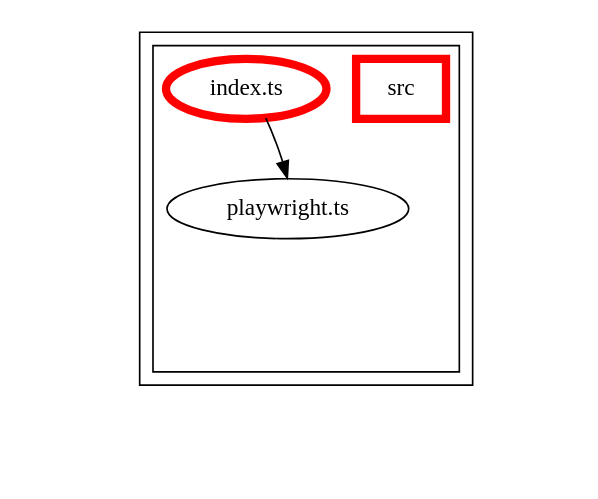
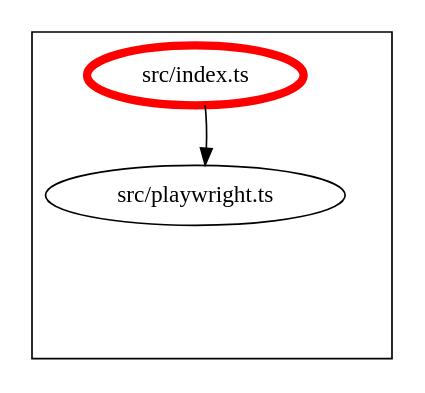
One commit to Siteimprove/alfa-integrations changed the diagram in packages/alfa-playwright/docs/dependency-graph.dot. Above: the diagram before and after it, drawn with Graphviz. The commit also changed 88 other files, not shown here.

```diff
--- a/packages/alfa-playwright/docs/dependency-graph.dot
+++ b/packages/alfa-playwright/docs/dependency-graph.dot
@@ -1,65 +1,32 @@
-digraph "dependency-graph-[object Object]" {
+digraph "dependency-graph-@siteimprove/alfa-playwright" {
   compound = true;
-  "dependency-graph-[object Object]" [
-    style = "invis";
-  ];
   "src/playwright.ts";
   subgraph "cluster_src" {
     color = "#000000";
     label = "";
-    "name_src" [
-      penwidth = 5;
-      shape = "rectangle";
-      color = "#ff0000";
-      label = "src";
+    "src/playwright.ts" [
+      label = "src/playwright.ts";
     ];
     "exit_src" [
       style = "invis";
     ];
-    subgraph "cluster_src" {
-      color = "#000000";
-      label = "";
-      "name_src" [
-        penwidth = 5;
-        shape = "rectangle";
-        color = "#ff0000";
-        label = "src";
-      ];
-      "exit_src" [
-        style = "invis";
-      ];
-      "src/index.ts" [
-        label = "index.ts";
-        color = "#ff0000";
-        penwidth = 5;
-      ];
-      "src/playwright.ts" [
-        label = "playwright.ts";
-      ];
-      "src/index.ts" -> "exit_src" [
-        style = "invis";
-      ];
-      "src/playwright.ts" -> "exit_src" [
-        style = "invis";
-      ];
-    }
-    "exit_src" -> "exit_src" [
+    "src/index.ts" [
+      label = "src/index.ts";
+      color = "#ff0000";
+      penwidth = 5;
+    ];
+    "src/playwright.ts" -> "exit_src" [
       style = "invis";
     ];
-    "exit_src" -> "exit_src" [
+    "src/index.ts" -> "exit_src" [
       style = "invis";
     ];
   }
-  "exit_src" -> "dependency-graph-[object Object]" [
-    style = "invis";
-  ];
   "src/index.ts" -> "src/playwright.ts" [
     style = "invis";
   ];
   "src/index.ts" -> "src/playwright.ts" [
     style = "solid";
-    ltail = "cluster_src/index.ts";
-    lhead = "cluster_src/playwright.ts";
     color = "black";
   ];
 }
```
